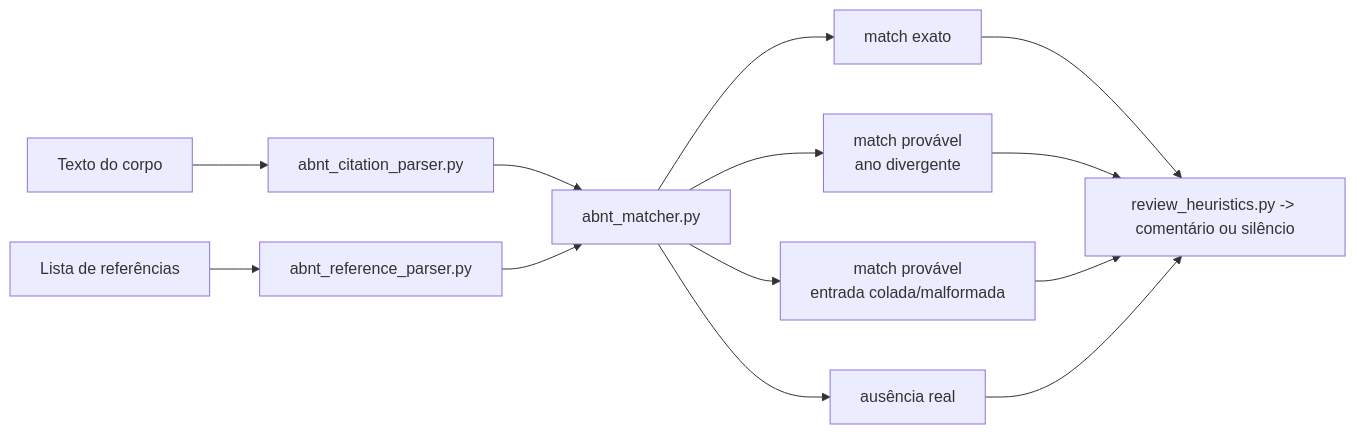
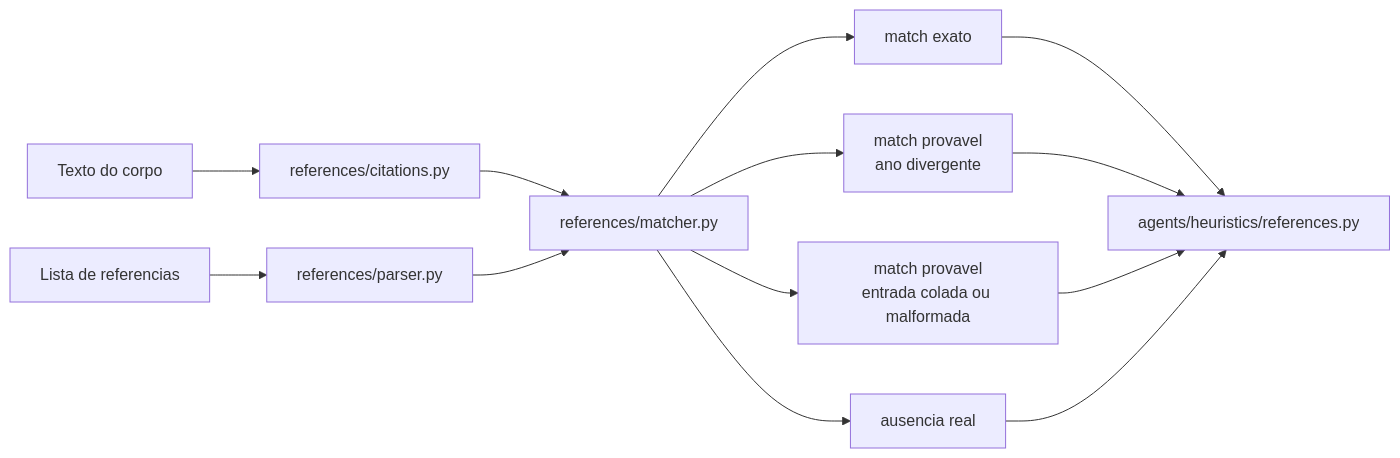
The second of 2 diagrams in Readme.md (0rakul0/IPEA_editorial), drawn with Mermaid before and after one commit. The commit also changed other lines of this file and 13 other files, not shown here.

````diff
--- a/Readme.md
+++ b/Readme.md
@@ -89,15 +127,15 @@
 ```mermaid
 flowchart LR
-    A["Texto do corpo"] --> B["abnt_citation_parser.py"]
-    C["Lista de referências"] --> D["abnt_reference_parser.py"]
-    B --> E["abnt_matcher.py"]
+    A["Texto do corpo"] --> B["references/citations.py"]
+    C["Lista de referencias"] --> D["references/parser.py"]
+    B --> E["references/matcher.py"]
     D --> E
     E --> F["match exato"]
-    E --> G["match provável<br/>ano divergente"]
-    E --> H["match provável<br/>entrada colada/malformada"]
-    E --> I["ausência real"]
-    F --> J["review_heuristics.py -> comentário ou silêncio"]
+    E --> G["match provavel<br/>ano divergente"]
+    E --> H["match provavel<br/>entrada colada ou malformada"]
+    E --> I["ausencia real"]
+    F --> J["agents/heuristics/references.py"]
     G --> J
     H --> J
     I --> J
 ```
````
